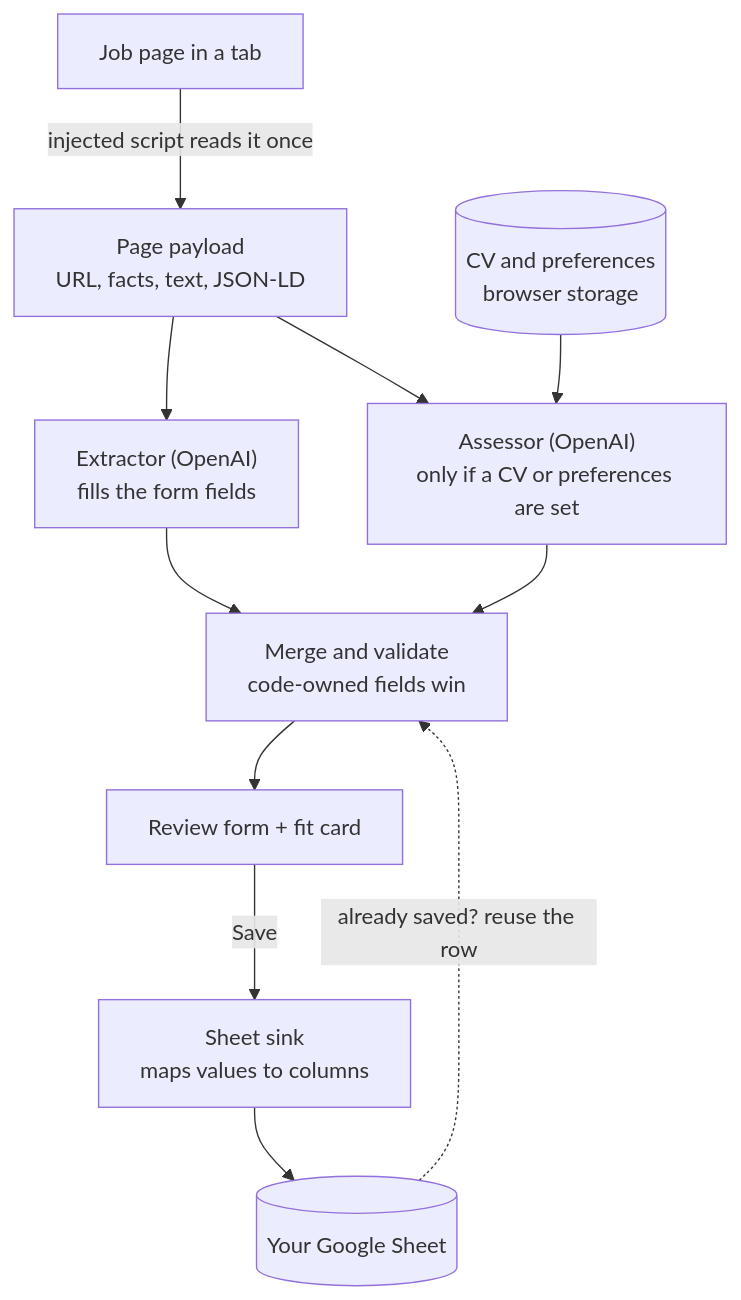
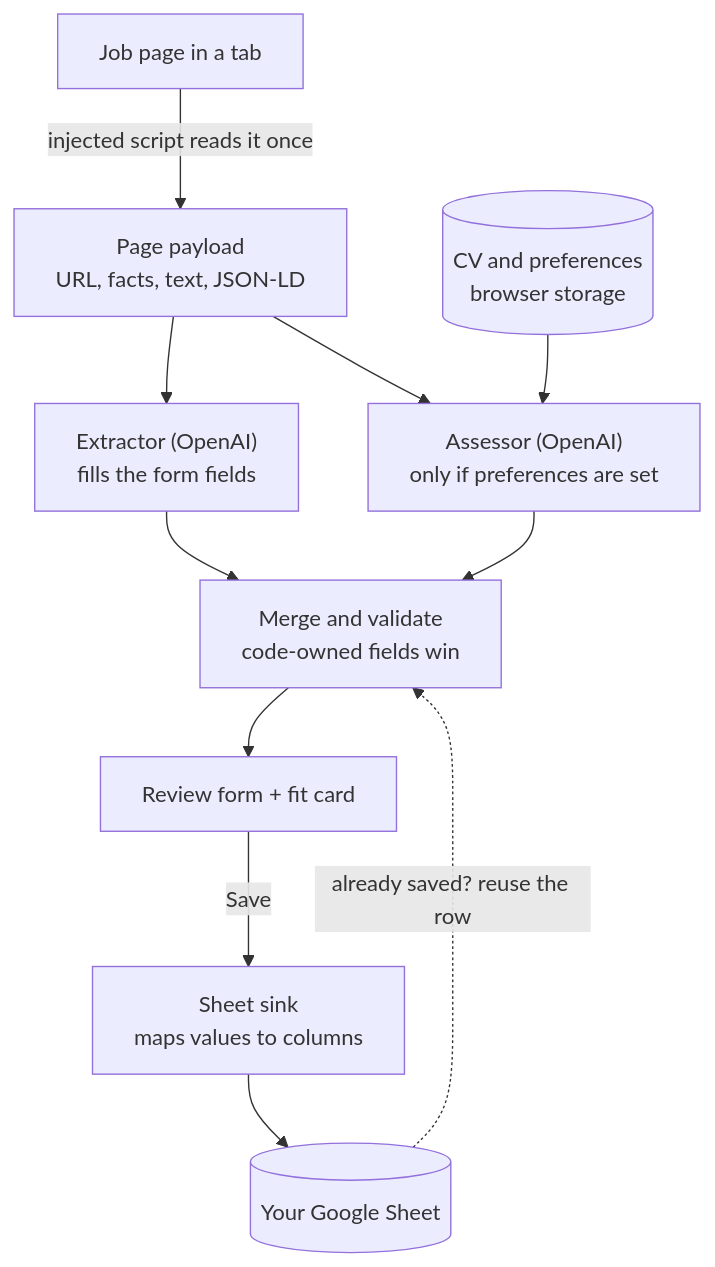
One commit to joshualauw/job-saver changed the diagram in ARCHITECTURE.md. Above: the diagram before and after it, drawn with Mermaid. The commit also changed other lines of this file and 22 other files, not shown here.

````diff
--- a/ARCHITECTURE.md
+++ b/ARCHITECTURE.md
@@ -19,15 +19,15 @@
 ```mermaid
 flowchart TD
     Page["Job page in a tab"] -->|"injected script reads it once"| Payload["Page payload<br/>URL, facts, text, JSON-LD"]
     Sheet[("Your Google Sheet")] -.->|"already saved? reuse the row"| Merge
 
     Payload --> Extractor["Extractor (OpenAI)<br/>fills the form fields"]
-    Payload --> Assessor["Assessor (OpenAI)<br/>only if a CV or preferences are set"]
+    Payload --> Assessor["Assessor (OpenAI)<br/>only if preferences are set"]
     Local[("CV and preferences<br/>browser storage")] --> Assessor
 
     Extractor --> Merge["Merge and validate<br/>code-owned fields win"]
     Assessor --> Merge
     Merge --> Review["Review form + fit card"]
     Review -->|Save| Sink["Sheet sink<br/>maps values to columns"]
     Sink --> Sheet
 ```
````
